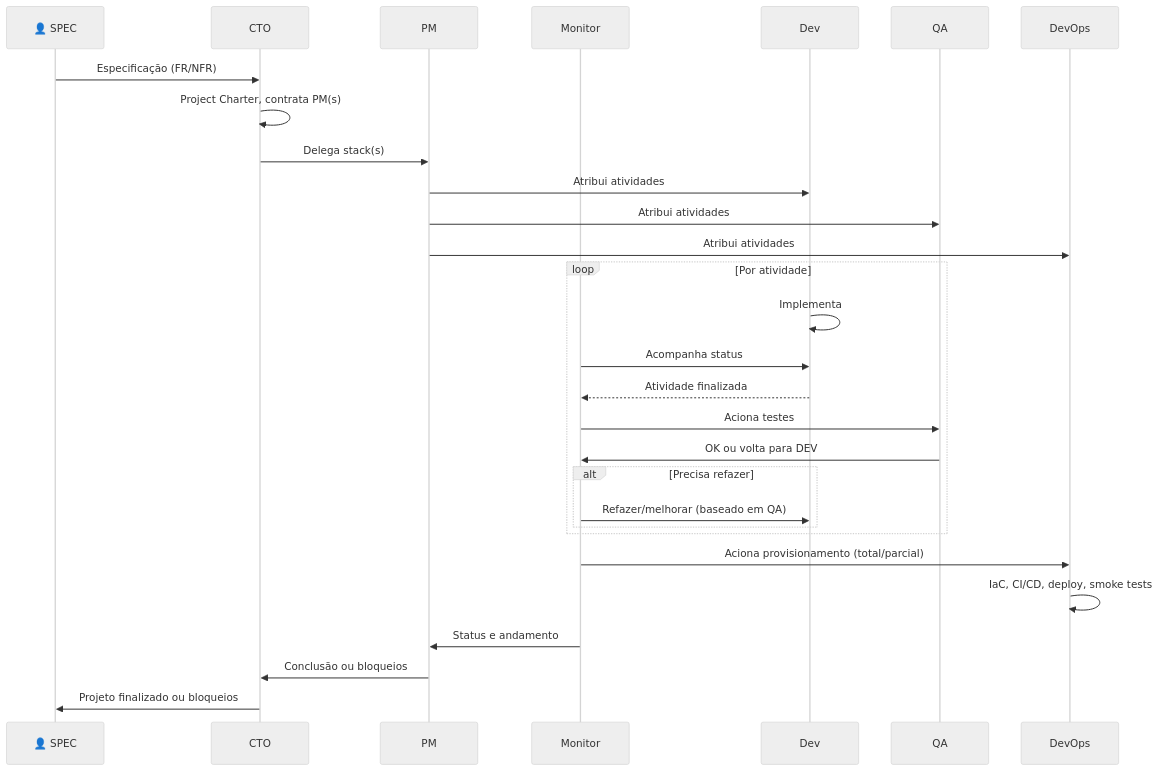
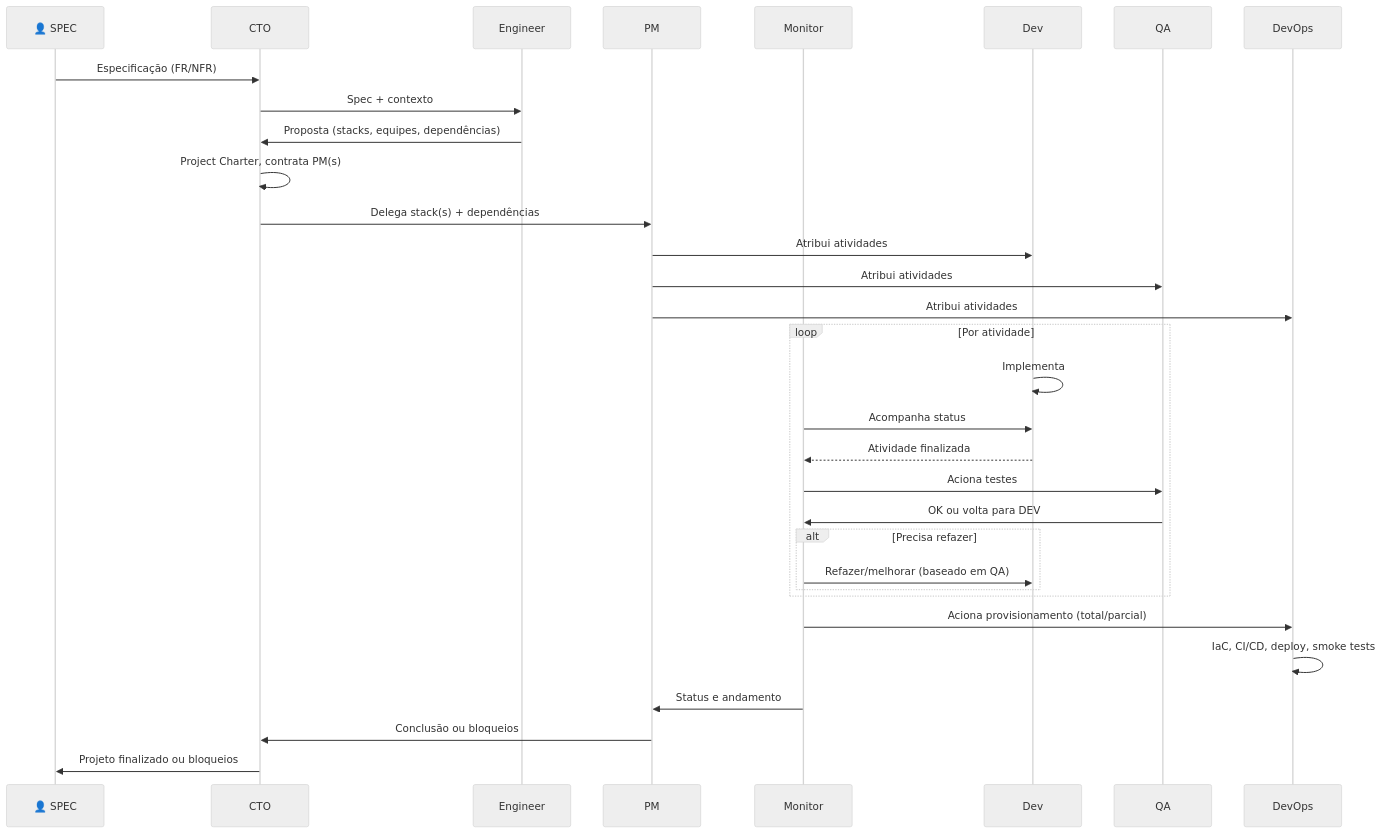
One commit to zentriztech/zentriz-genesis changed the third of 5 diagrams in ARCHITECTURE_DIAGRAM.md. Above: the diagram before and after it, drawn with Mermaid (neutral theme). The commit also changed other lines of this file and 51 other files, not shown here.

````diff
--- a/ARCHITECTURE_DIAGRAM.md
+++ b/ARCHITECTURE_DIAGRAM.md
@@ -136,35 +140,38 @@
 ```mermaid
 sequenceDiagram
     participant SPEC as 👤 SPEC
     participant CTO as CTO
+    participant ENG as Engineer
     participant PM as PM
     participant MON as Monitor
     participant DEV as Dev
     participant QA as QA
     participant DO as DevOps
 
     SPEC->>CTO: Especificação (FR/NFR)
+    CTO->>ENG: Spec + contexto
+    ENG->>CTO: Proposta (stacks, equipes, dependências)
     CTO->>CTO: Project Charter, contrata PM(s)
-    CTO->>PM: Delega stack(s)
+    CTO->>PM: Delega stack(s) + dependências
 
     PM->>DEV: Atribui atividades
     PM->>QA: Atribui atividades
     PM->>DO: Atribui atividades
 
     loop Por atividade
         DEV->>DEV: Implementa
         MON->>DEV: Acompanha status
         DEV-->>MON: Atividade finalizada
         MON->>QA: Aciona testes
         QA->>MON: OK ou volta para DEV
         alt Precisa refazer
             MON->>DEV: Refazer/melhorar (baseado em QA)
         end
     end
 
     MON->>DO: Aciona provisionamento (total/parcial)
     DO->>DO: IaC, CI/CD, deploy, smoke tests
     MON->>PM: Status e andamento
     PM->>CTO: Conclusão ou bloqueios
     CTO->>SPEC: Projeto finalizado ou bloqueios
 ```
````
